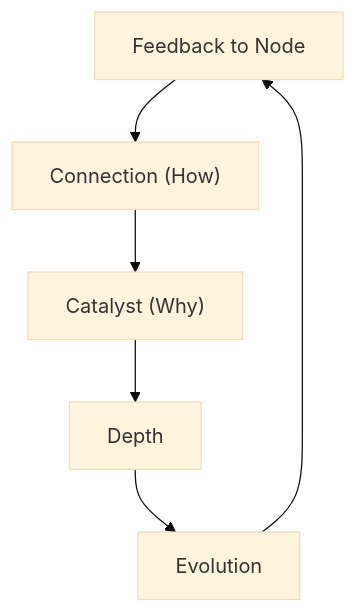
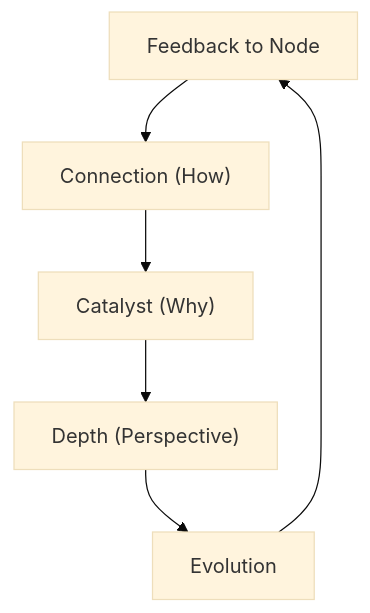
The first of 2 diagrams in UIF/1_Relational_Intelligence.md (ConicuConsulting/SlappAI), drawn with Mermaid (base theme) before and after one commit. The commit also changed other lines of this file, not shown here.

````diff
--- a/UIF/1_Relational_Intelligence.md
+++ b/UIF/1_Relational_Intelligence.md
@@ -80,8 +92,8 @@
 ```mermaid
 graph TD
     A["Node (What)"] --> B["Connection (How)"]
     B --> C["Catalyst (Why)"]
-    C --> D["Depth"]
+    C --> D["Depth (Perspective)"]
     D --> E["Evolution"]
     E --> A["Feedback to Node"]
 ```
````
